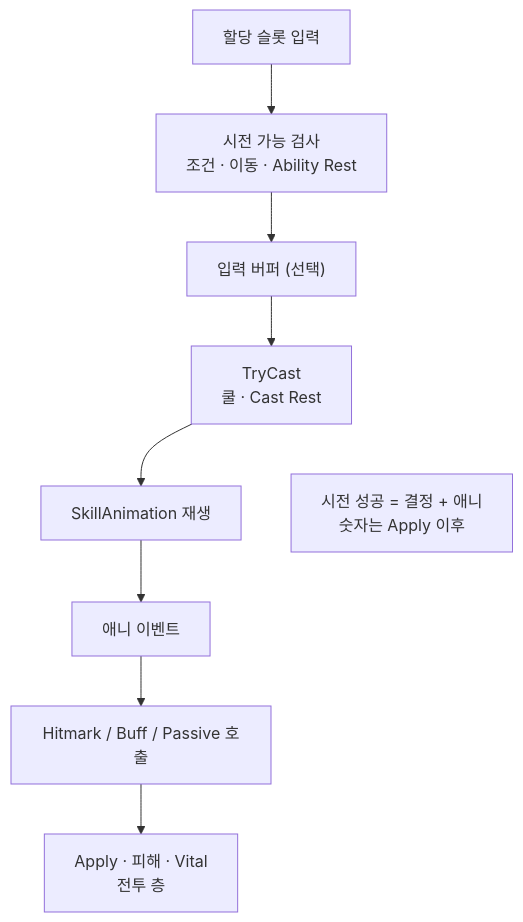
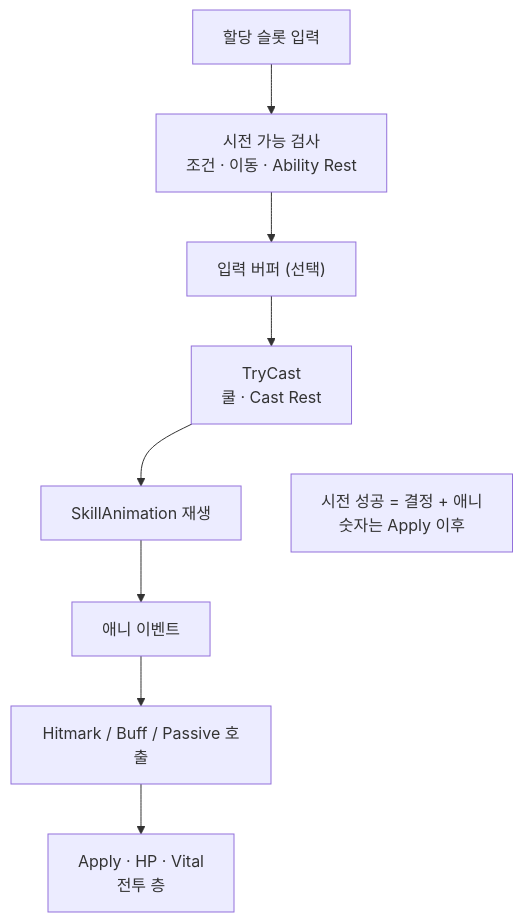
One commit to monet5379/monet5379.github.io changed the diagram in notes/dragon-skill-cast.md. Above: the diagram before and after it, drawn with Mermaid. The commit also changed other lines of this file and 5 other files, not shown here.

````diff
--- a/notes/dragon-skill-cast.md
+++ b/notes/dragon-skill-cast.md
@@ -44,13 +56,13 @@
 ```mermaid
 flowchart TD
   IN["할당 슬롯 입력"] --> AUTH["시전 가능 검사<br/>조건 · 이동 · Ability Rest"]
   AUTH --> BUF["입력 버퍼 (선택)"]
   BUF --> CAST["TryCast<br/>쿨 · Cast Rest"]
   CAST --> ANIM["SkillAnimation 재생"]
   ANIM --> EV["애니 이벤트"]
   EV --> OUT["Hitmark / Buff / Passive 호출"]
-  OUT --> COMBAT["Apply · 피해 · Vital<br/>전투 층"]
+  OUT --> COMBAT["Apply · HP · Vital<br/>전투 층"]
 
   NOTE["시전 성공 = 결정 + 애니<br/>숫자는 Apply 이후"]
   CAST ~~~ NOTE
 ```
````
